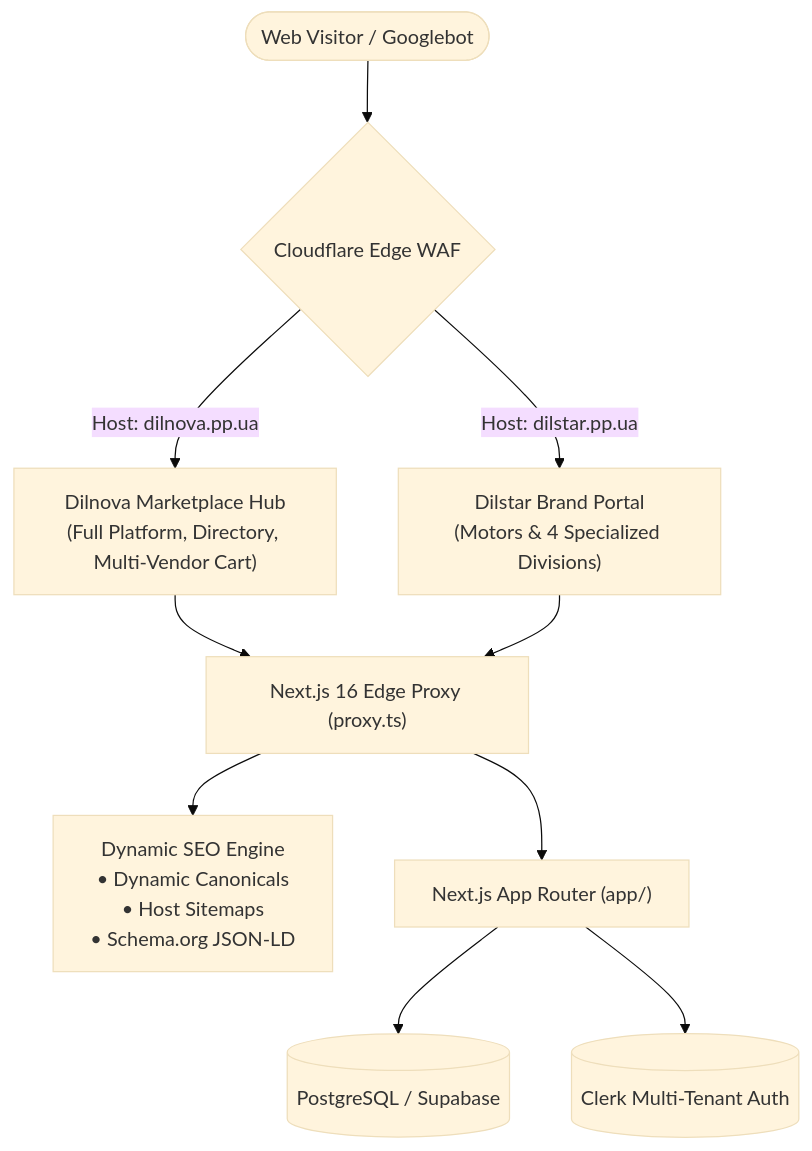
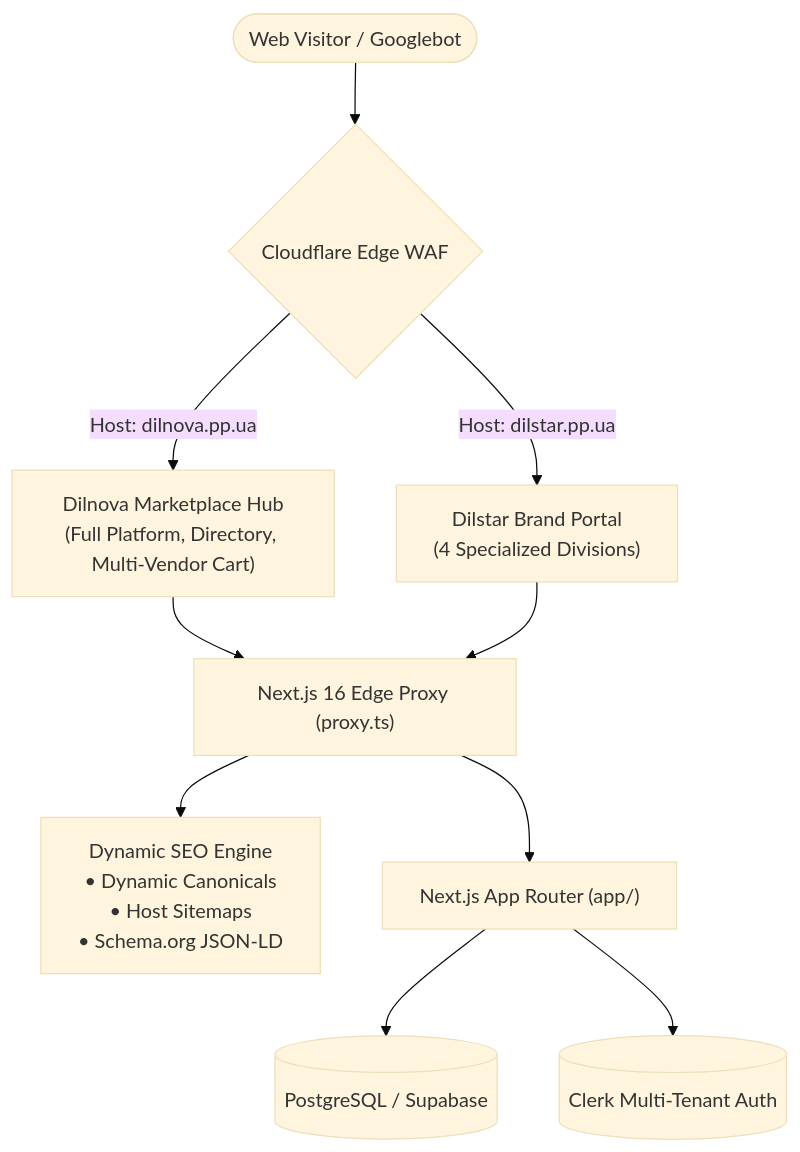
Before and after one commit to Dilnova/dilnova: the diagram in docs/MULTI_DOMAIN_SEO_ARCHITECTURE.md, drawn with Mermaid (base theme). The commit also changed other lines of this file and 11 other files, not shown here.

````diff
--- a/docs/MULTI_DOMAIN_SEO_ARCHITECTURE.md
+++ b/docs/MULTI_DOMAIN_SEO_ARCHITECTURE.md
@@ -15,16 +15,16 @@
 ```mermaid
 flowchart TD
     Visitor([Web Visitor / Googlebot]) --> CF{Cloudflare Edge WAF}
 
     CF -->|Host: dilnova.pp.ua| DilnovaHub["Dilnova Marketplace Hub<br/>(Full Platform, Directory, Multi-Vendor Cart)"]
-    CF -->|Host: dilstar.pp.ua| DilstarHub["Dilstar Brand Portal<br/>(Motors & 4 Specialized Divisions)"]
+    CF -->|Host: dilstar.pp.ua| DilstarHub["Dilstar Brand Portal<br/>(4 Specialized Divisions)"]
 
     DilnovaHub --> Proxy["Next.js 16 Edge Proxy (proxy.ts)"]
     DilstarHub --> Proxy
 
     Proxy --> DynamicSEO["Dynamic SEO Engine<br/>• Dynamic Canonicals<br/>• Host Sitemaps<br/>• Schema.org JSON-LD"]
     Proxy --> AppRouter["Next.js App Router (app/)"]
 
     AppRouter --> DB[(PostgreSQL / Supabase)]
     AppRouter --> ClerkAuth[(Clerk Multi-Tenant Auth)]
 ```
````
